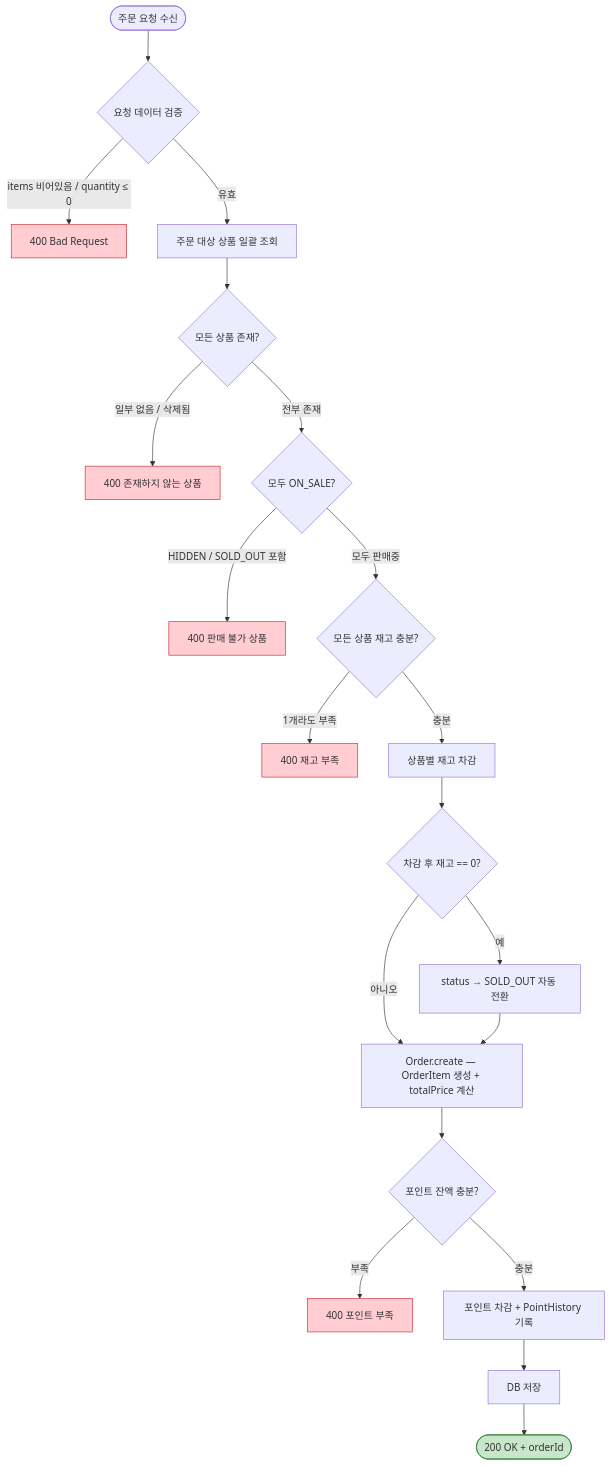
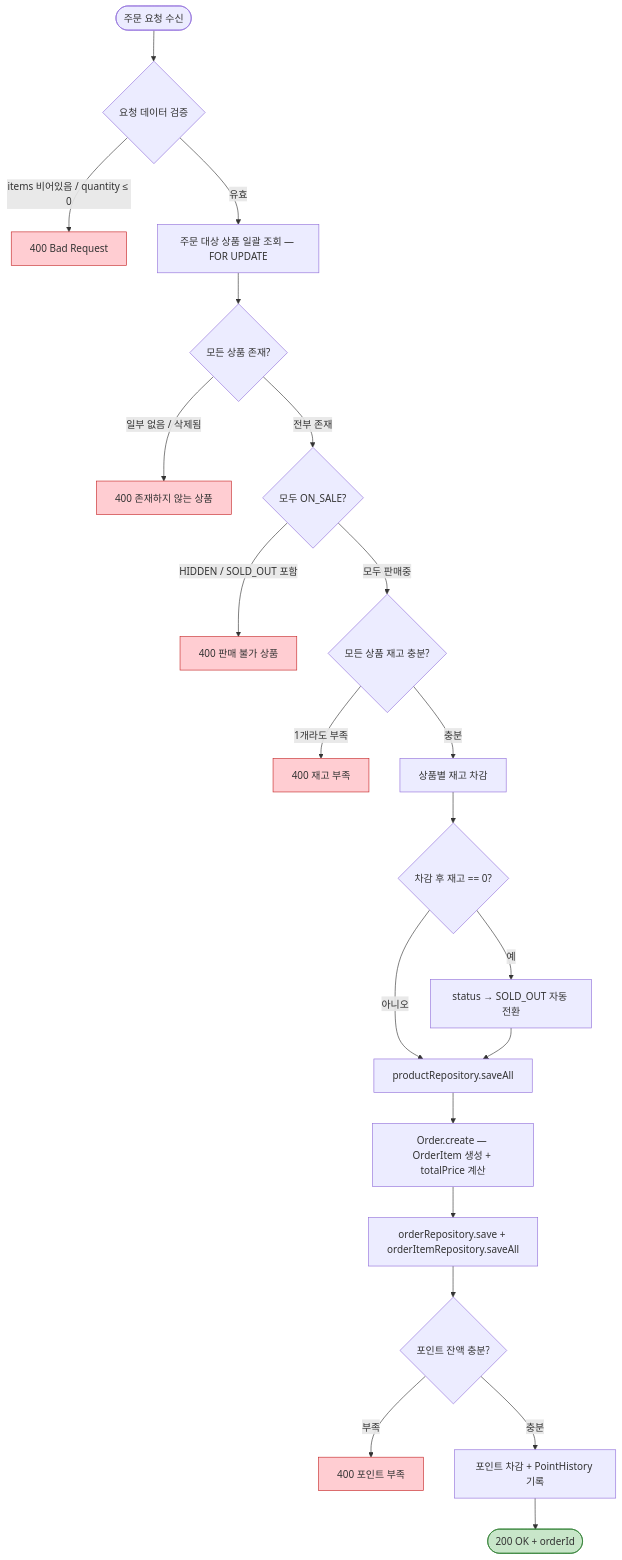
The second of 6 diagrams in docs/design/05-flowcharts.md (Loopers-dev-lab/loop-pack-be-l2-vol3-kotlin), drawn with Mermaid before and after one commit. The commit also changed other lines of this file and 6 other files, not shown here.

````diff
--- a/docs/design/05-flowcharts.md
+++ b/docs/design/05-flowcharts.md
@@ -62,29 +62,30 @@
 ```mermaid
 flowchart TB
     Start([주문 요청 수신]) --> Validate{요청 데이터 검증}
     Validate -->|items 비어있음 / quantity ≤ 0| Err400[400 Bad Request]:::error
 
-    Validate -->|유효| FetchProducts[주문 대상 상품 일괄 조회]
+    Validate -->|유효| FetchProducts[주문 대상 상품 일괄 조회 — FOR UPDATE]
     FetchProducts --> CheckExist{모든 상품 존재?}
     CheckExist -->|일부 없음 / 삭제됨| Err400_2[400 존재하지 않는 상품]:::error
 
     CheckExist -->|전부 존재| CheckStatus{모두 ON_SALE?}
     CheckStatus -->|HIDDEN / SOLD_OUT 포함| Err400_3[400 판매 불가 상품]:::error
 
     CheckStatus -->|모두 판매중| CheckStock{모든 상품 재고 충분?}
     CheckStock -->|1개라도 부족| Err400_4[400 재고 부족]:::error
 
     CheckStock -->|충분| Deduct[상품별 재고 차감]
     Deduct --> AutoStatus{차감 후 재고 == 0?}
     AutoStatus -->|예| StatusChange[status → SOLD_OUT 자동 전환]
-    AutoStatus -->|아니오| CreateOrder
-    StatusChange --> CreateOrder[Order.create — OrderItem 생성 + totalPrice 계산]
-    CreateOrder --> CheckPoint{포인트 잔액 충분?}
+    AutoStatus -->|아니오| SaveProducts
+    StatusChange --> SaveProducts[productRepository.saveAll]
+    SaveProducts --> CreateOrder[Order.create — OrderItem 생성 + totalPrice 계산]
+    CreateOrder --> SaveOrder[orderRepository.save + orderItemRepository.saveAll]
+    SaveOrder --> CheckPoint{포인트 잔액 충분?}
     CheckPoint -->|부족| Err400_5[400 포인트 부족]:::error
     CheckPoint -->|충분| DeductPoint[포인트 차감 + PointHistory 기록]
-    DeductPoint --> Save[DB 저장]
-    Save --> Response([200 OK + orderId]):::success
+    DeductPoint --> Response([200 OK + orderId]):::success
 
     classDef error fill:#ffcdd2,stroke:#c62828
     classDef success fill:#c8e6c9,stroke:#2e7d32
 ```
````
